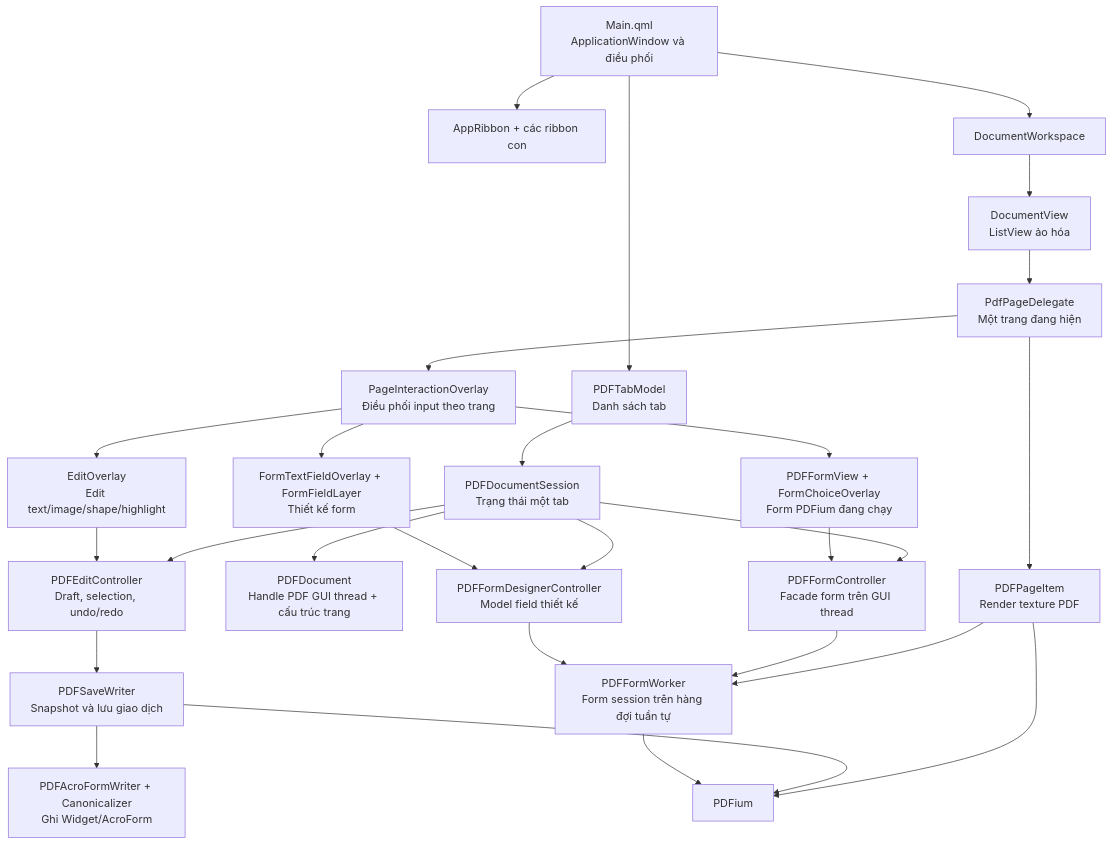
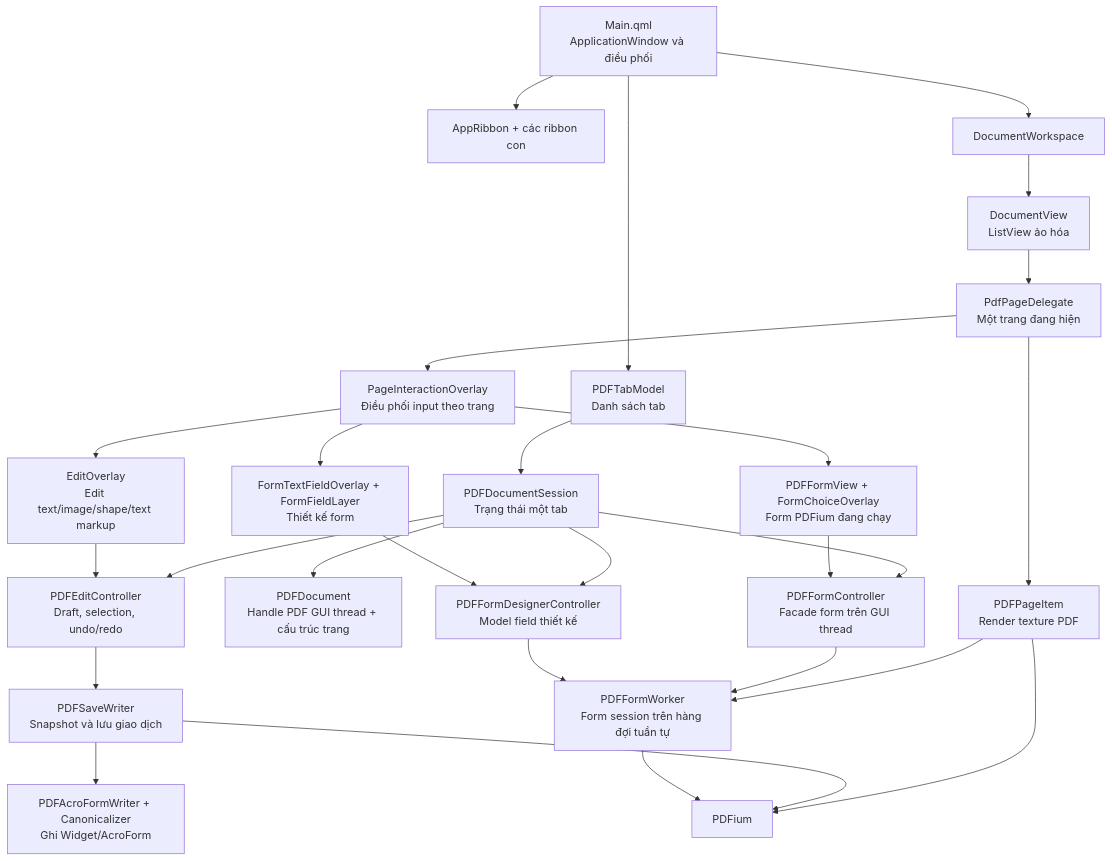
One commit to RaymondHuy/TrePDF changed the diagram in docs/source-file-map.md. Above: the diagram before and after it, drawn with Mermaid. The commit also changed other lines of this file and 15 other files, not shown here.

````diff
--- a/docs/source-file-map.md
+++ b/docs/source-file-map.md
@@ -25,50 +25,50 @@
 ```mermaid
 flowchart TD
     Main["Main.qml\nApplicationWindow và điều phối"]
     Ribbon["AppRibbon + các ribbon con"]
     Tabs["PDFTabModel\nDanh sách tab"]
     Session["PDFDocumentSession\nTrạng thái một tab"]
     Workspace["DocumentWorkspace"]
     View["DocumentView\nListView ảo hóa"]
     Delegate["PdfPageDelegate\nMột trang đang hiện"]
     PageItem["PDFPageItem\nRender texture PDF"]
     Interaction["PageInteractionOverlay\nĐiều phối input theo trang"]
-    EditOverlay["EditOverlay\nEdit text/image/shape/highlight"]
+    EditOverlay["EditOverlay\nEdit text/image/shape/text markup"]
     FormView["PDFFormView + FormChoiceOverlay\nForm PDFium đang chạy"]
     Designer["FormTextFieldOverlay + FormFieldLayer\nThiết kế form"]
     Document["PDFDocument\nHandle PDF GUI thread + cấu trúc trang"]
     Edit["PDFEditController\nDraft, selection, undo/redo"]
     Form["PDFFormController\nFacade form trên GUI thread"]
     FormDesigner["PDFFormDesignerController\nModel field thiết kế"]
     Worker["PDFFormWorker\nForm session trên hàng đợi tuần tự"]
     Save["PDFSaveWriter\nSnapshot và lưu giao dịch"]
     Acro["PDFAcroFormWriter + Canonicalizer\nGhi Widget/AcroForm"]
     Pdfium["PDFium"]
 
     Main --> Ribbon
     Main --> Tabs
     Tabs --> Session
     Main --> Workspace
     Workspace --> View
     View --> Delegate
     Delegate --> PageItem
     Delegate --> Interaction
     Interaction --> EditOverlay
     Interaction --> FormView
     Interaction --> Designer
     Session --> Document
     Session --> Edit
     Session --> Form
     Session --> FormDesigner
     PageItem --> Worker
     PageItem --> Pdfium
     EditOverlay --> Edit
     FormView --> Form
     Form --> Worker
     Designer --> FormDesigner
     FormDesigner --> Worker
     Edit --> Save
     Save --> Acro
     Save --> Pdfium
     Worker --> Pdfium
 ```
````
